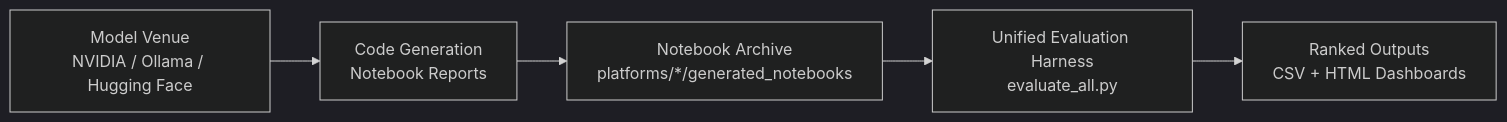
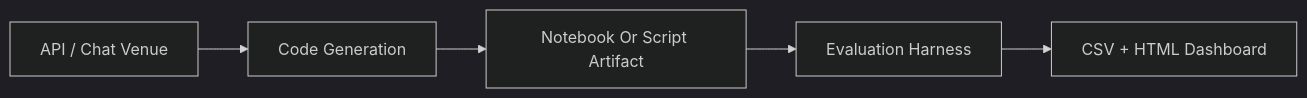
The diagram in README.md (gitdhirajsv/NVIDIA-NIM-Quant-Wars), drawn with Mermaid (dark theme) before and after one commit. The commit also changed other lines of this file and 5 other files, not shown here.

Commit message:
Add chat-agent benchmark results and dashboard split

````diff
--- a/README.md
+++ b/README.md
@@ -72,7 +117,7 @@
 ```mermaid
 flowchart LR
-    A["Model Venue<br/>NVIDIA / Ollama / Hugging Face"] --> B["Code Generation<br/>Notebook Reports"]
-    B --> C["Notebook Archive<br/>platforms/*/generated_notebooks"]
-    C --> D["Unified Evaluation Harness<br/>evaluate_all.py"]
-    D --> E["Ranked Outputs<br/>CSV + HTML Dashboards"]
+    A["API / Chat Venue"] --> B["Code Generation"]
+    B --> C["Notebook Or Script Artifact"]
+    C --> D["Evaluation Harness"]
+    D --> E["CSV + HTML Dashboard"]
 ```
````
